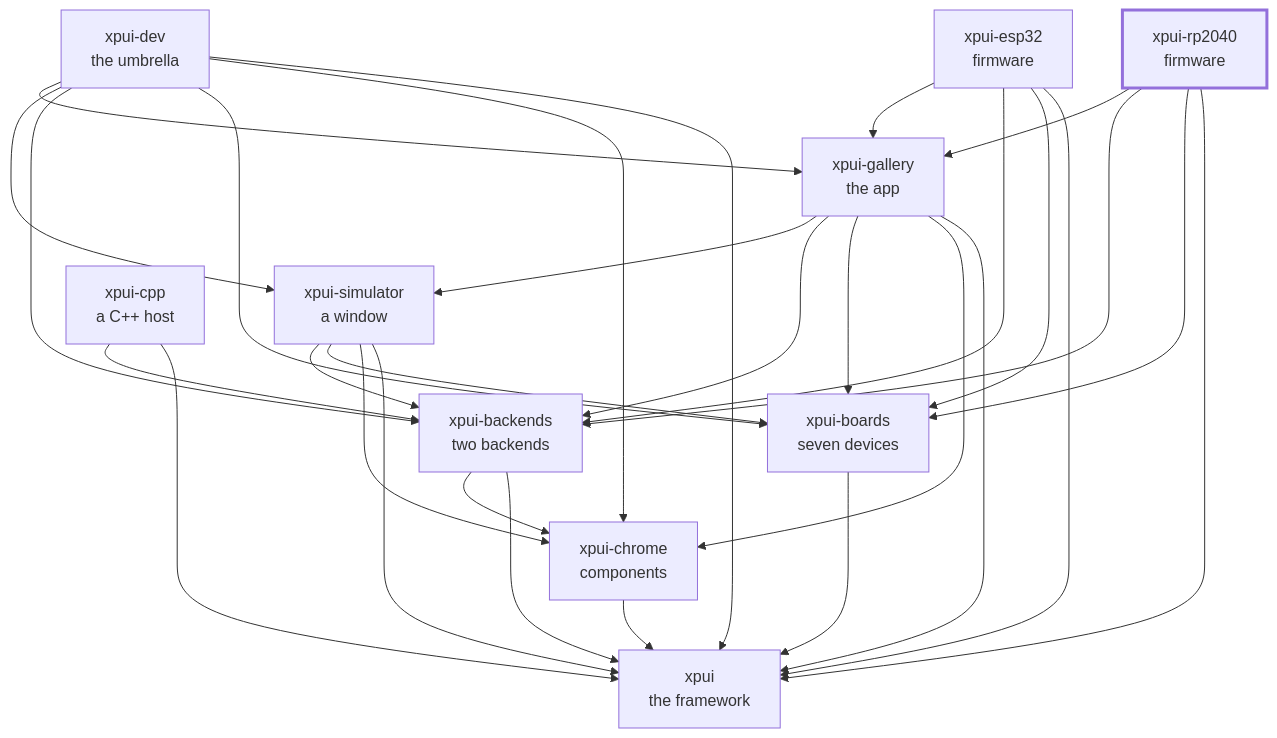
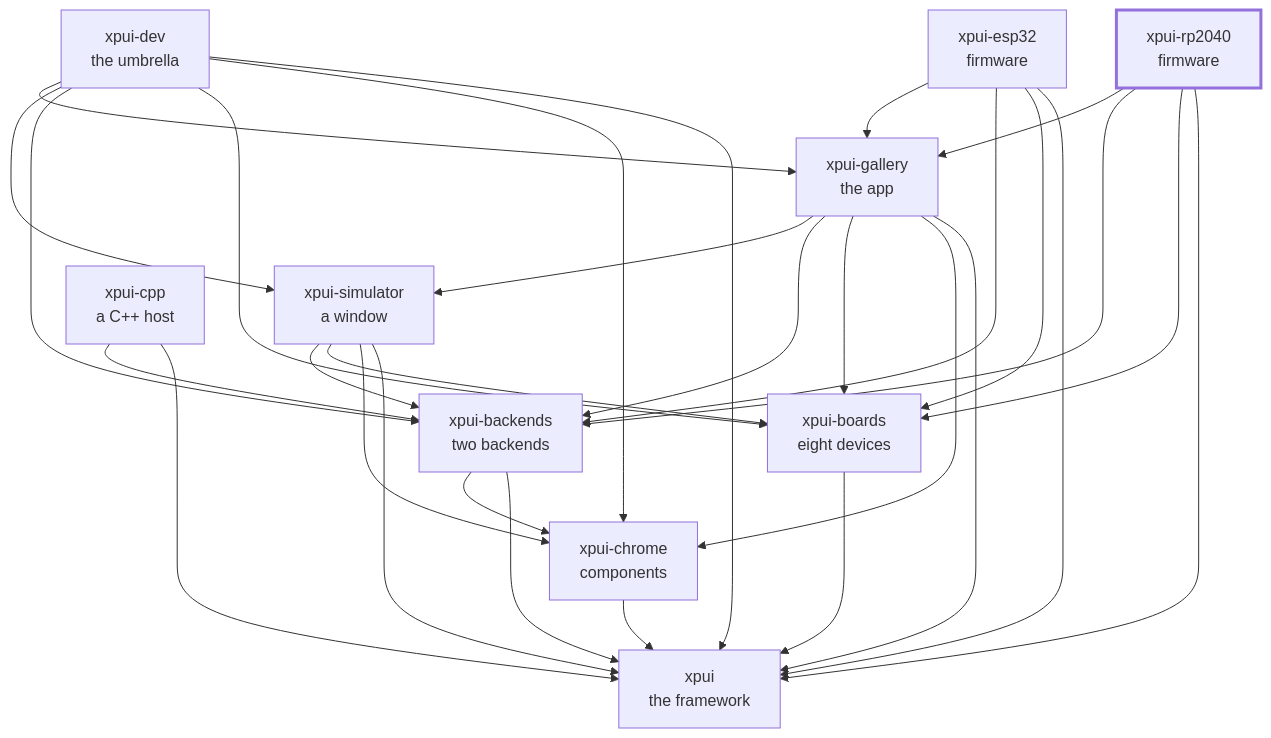
The diagram in README.md (XPUI-Framework/xpui-rp2040), drawn with Mermaid before and after one commit. The commit also changed 3 other files, not shown here.

````diff
--- a/README.md
+++ b/README.md
@@ -131,43 +131,43 @@
 ```mermaid
 flowchart TD
   xpui["xpui<br/>the framework"]
   chrome["xpui-chrome<br/>components"]
-  boards["xpui-boards<br/>seven devices"]
+  boards["xpui-boards<br/>eight devices"]
   backends["xpui-backends<br/>two backends"]
   simulator["xpui-simulator<br/>a window"]
   gallery["xpui-gallery<br/>the app"]
   rp2040["xpui-rp2040<br/>firmware"]
   esp32["xpui-esp32<br/>firmware"]
   cpp["xpui-cpp<br/>a C++ host"]
   dev["xpui-dev<br/>the umbrella"]
   chrome --> xpui
   boards --> xpui
   backends --> xpui
   backends --> chrome
   simulator --> xpui
   simulator --> chrome
   simulator --> boards
   simulator --> backends
   gallery --> xpui
   gallery --> chrome
   gallery --> boards
   gallery --> backends
   gallery --> simulator
   rp2040 --> xpui
   rp2040 --> boards
   rp2040 --> backends
   rp2040 --> gallery
   esp32 --> xpui
   esp32 --> boards
   esp32 --> backends
   esp32 --> gallery
   cpp --> xpui
   cpp --> backends
   dev --> xpui
   dev --> chrome
   dev --> boards
   dev --> backends
   dev --> simulator
   dev --> gallery
   style rp2040 stroke-width:3px
 ```
````
